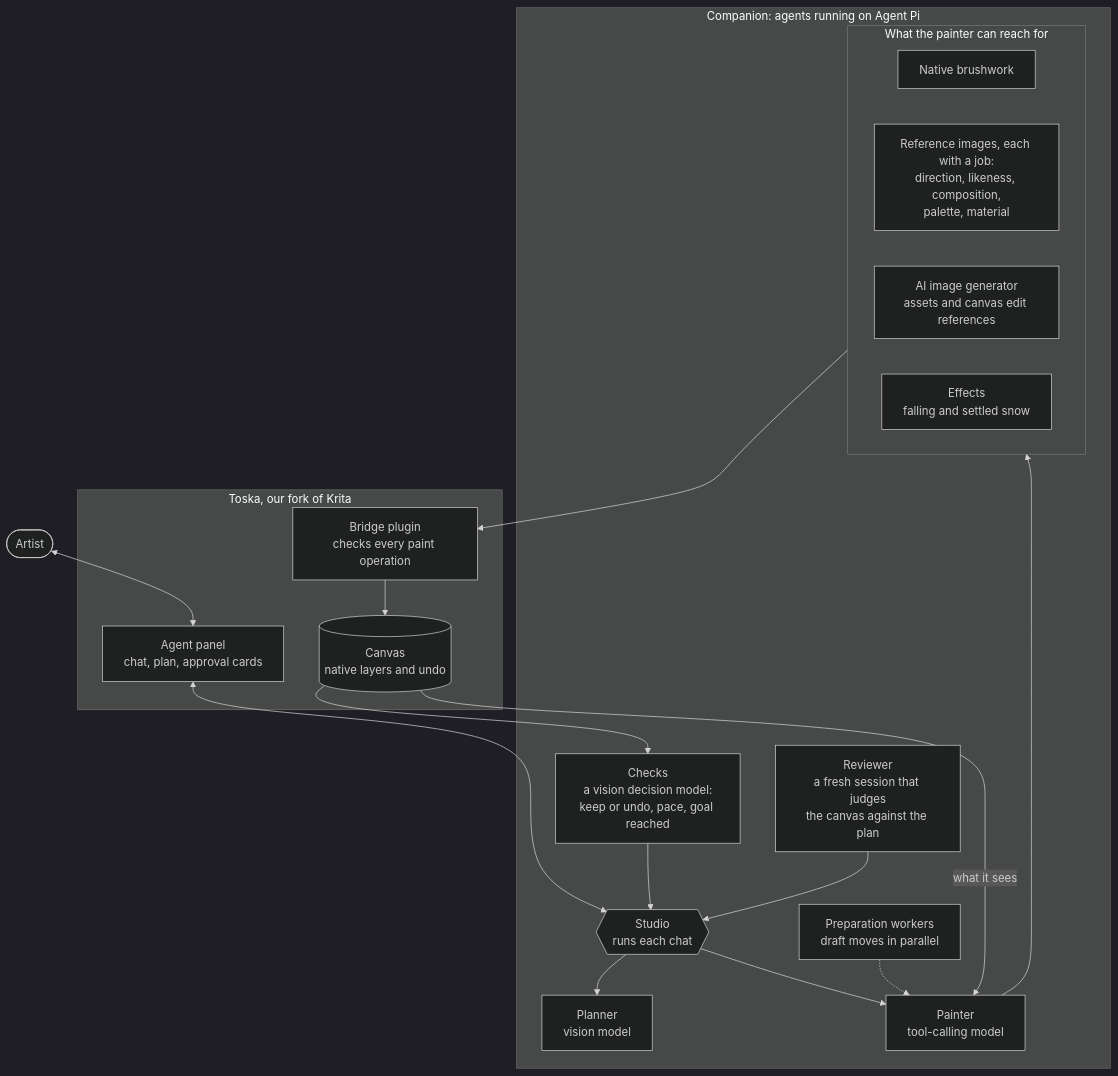
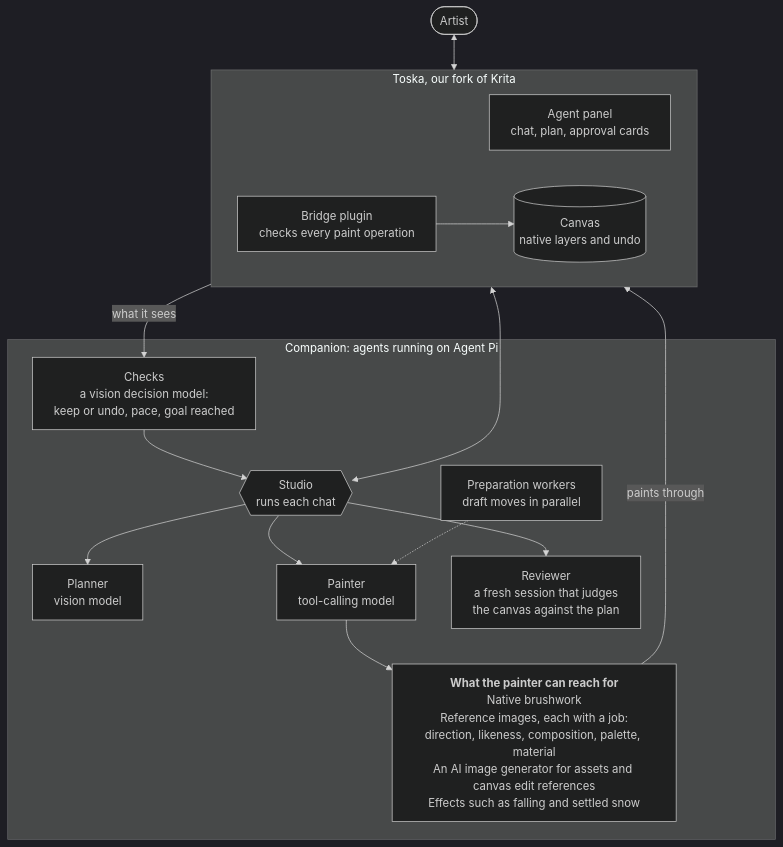
The diagram in creative-agent/krita-creative-agent/public-repo/README.md (yak1234/krita-creative-agent), drawn with Mermaid (dark theme) before and after one commit.

Commit message:
README diagram reads top to bottom: the artist and panel, the agents, the painter's means, painting into Toska, the canvas back to the checks

````diff
--- a/creative-agent/krita-creative-agent/public-repo/README.md
+++ b/creative-agent/krita-creative-agent/public-repo/README.md
@@ -30,38 +30,34 @@
 ```mermaid
+%%{init: {"flowchart": {"wrappingWidth": 340}}}%%
 flowchart TB
   artist(["Artist"])
 
   subgraph toska["Toska, our fork of Krita"]
+    direction LR
     panel["Agent panel<br/>chat, plan, approval cards"]
     bridge["Bridge plugin<br/>checks every paint operation"]
     canvas[("Canvas<br/>native layers and undo")]
-    bridge --> canvas
   end
 
   subgraph pi["Companion: agents running on Agent Pi"]
     studio{{"Studio<br/>runs each chat"}}
     planner["Planner<br/>vision model"]
     painter["Painter<br/>tool-calling model"]
     prep["Preparation workers<br/>draft moves in parallel"]
     reviewer["Reviewer<br/>a fresh session that judges<br/>the canvas against the plan"]
     checks["Checks<br/>a vision decision model:<br/>keep or undo, pace, goal reached"]
-    subgraph kit["What the painter can reach for"]
-      brushes["Native brushwork"]
-      refs["Reference images, each with a job:<br/>direction, likeness, composition,<br/>palette, material"]
-      images["AI image generator<br/>assets and canvas edit references"]
-      effects["Effects<br/>falling and settled snow"]
-    end
+    kit["<b>What the painter can reach for</b><br/>Native brushwork<br/>Reference images, each with a job:<br/>direction, likeness, composition, palette, material<br/>An AI image generator for assets and canvas edit references<br/>Effects such as falling and settled snow"]
   end
 
   artist <--> panel
   panel <--> studio
   studio --> planner
   studio --> painter
+  studio --> reviewer
   prep -.-> painter
   painter --> kit
-  kit --> bridge
-  canvas -- "what it sees" --> painter
-  canvas --> checks
+  kit -- "paints through" --> bridge
+  bridge --> canvas
+  canvas -- "what it sees" --> checks
   checks --> studio
-  reviewer --> studio
 ```
````
